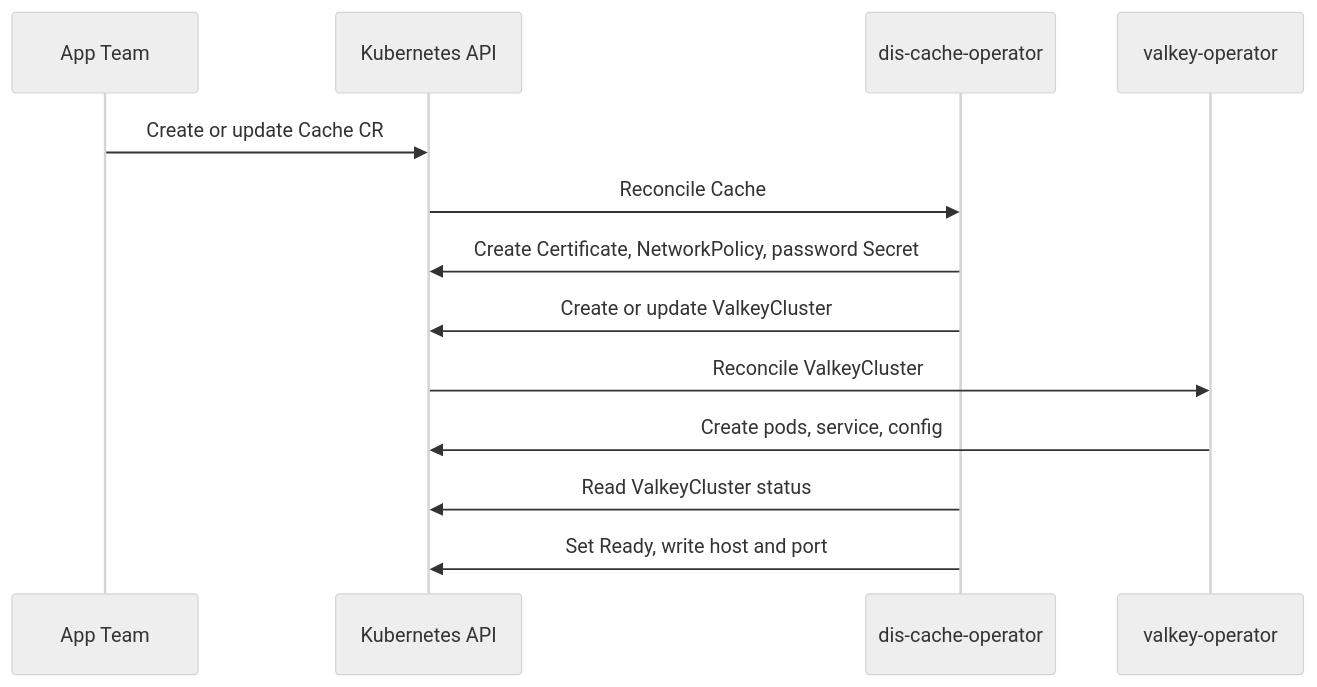
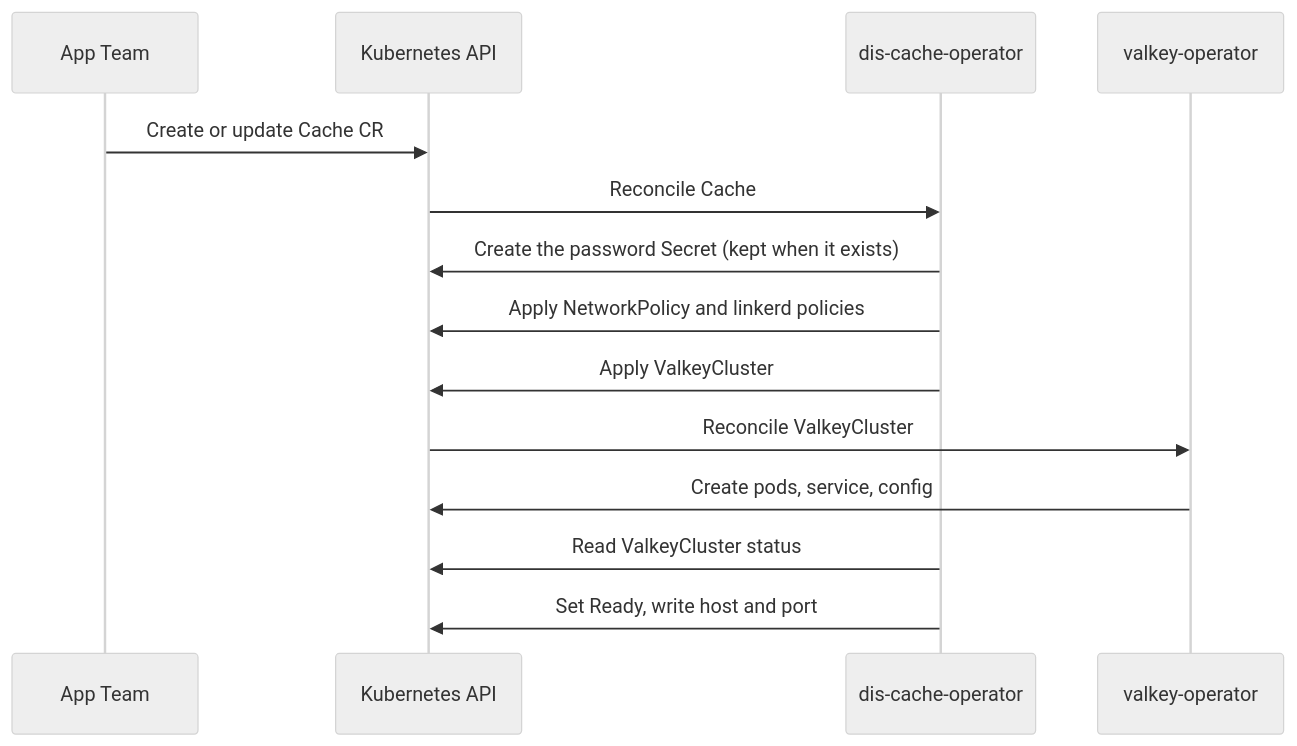
One commit to Altinn/altinn-platform changed the fourth of 4 diagrams in rfcs/0014-self-service-cache.md. Above: the diagram before and after it, drawn with Mermaid (neutral theme). The commit also changed other lines of this file, not shown here.

````diff
--- a/rfcs/0014-self-service-cache.md
+++ b/rfcs/0014-self-service-cache.md
@@ -121,16 +304,17 @@
 ```mermaid
 sequenceDiagram
 participant dev as App Team
 participant kapi as Kubernetes API
 participant cacheop as dis-cache-operator
 participant valkeyop as valkey-operator
 
 dev->>kapi: Create or update Cache CR
 kapi->>cacheop: Reconcile Cache
-cacheop->>kapi: Create Certificate, NetworkPolicy, password Secret
-cacheop->>kapi: Create or update ValkeyCluster
+cacheop->>kapi: Create the password Secret (kept when it exists)
+cacheop->>kapi: Apply NetworkPolicy and linkerd policies
+cacheop->>kapi: Apply ValkeyCluster
 kapi->>valkeyop: Reconcile ValkeyCluster
 valkeyop->>kapi: Create pods, service, config
 cacheop->>kapi: Read ValkeyCluster status
 cacheop->>kapi: Set Ready, write host and port
 ```
````
